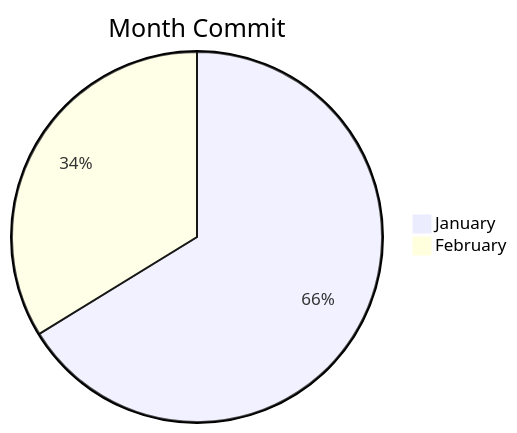
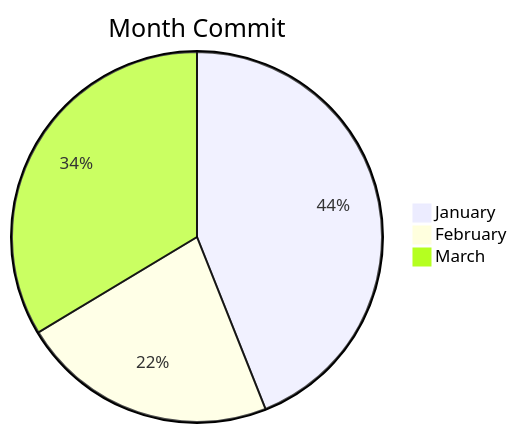
The first of 2 diagrams in README.md (BackdevHong/WOC), drawn with Mermaid before and after one commit. The commit also changed other lines of this file, not shown here.

````diff
--- a/README.md
+++ b/README.md
@@ -9,5 +10,6 @@
 ```mermaid
 pie title Month Commit
 "January" : 51
 "February" : 26
+"March" : 39
 ```
````
